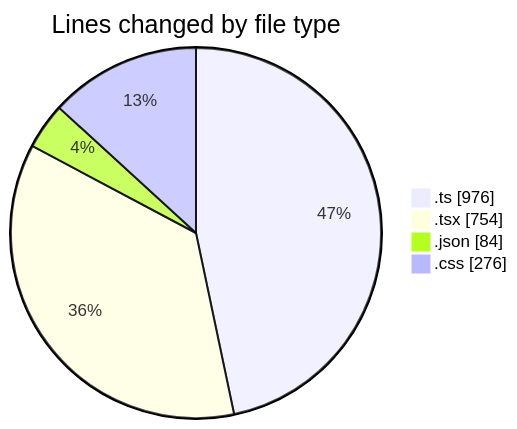
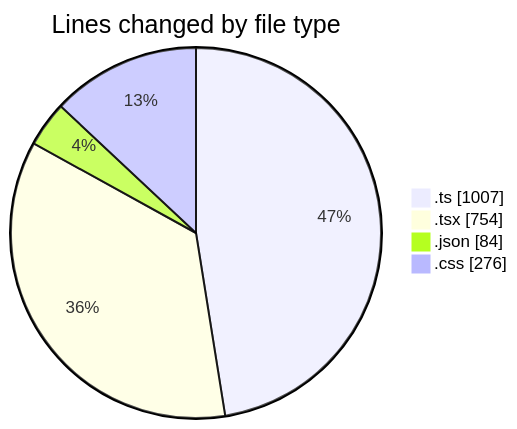
The first of 2 diagrams in 2025-11-24/eventscop-frontend-guide__workspace_/README.md (julien-gomy/code-tracking), drawn with Mermaid before and after one commit. The commit also changed other lines of this file and 1 other file, not shown here.

````diff
--- a/2025-11-24/eventscop-frontend-guide__workspace_/README.md
+++ b/2025-11-24/eventscop-frontend-guide__workspace_/README.md
@@ -47,8 +47,8 @@
 ```mermaid
 pie showData
 title Lines changed by file type
-".ts" : 976
+".ts" : 1007
 ".tsx" : 754
 ".json" : 84
 ".css" : 276
 ```
````
